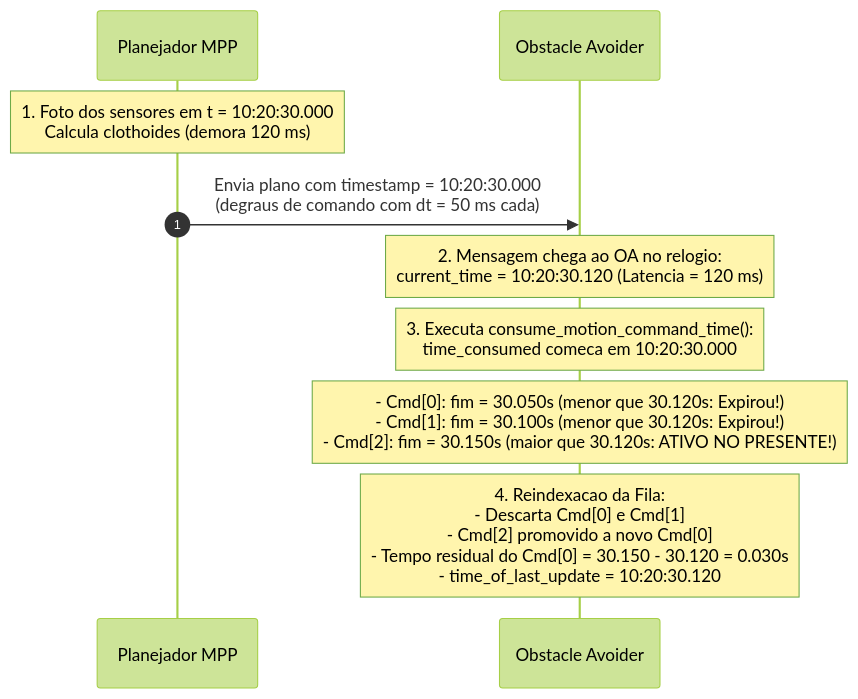
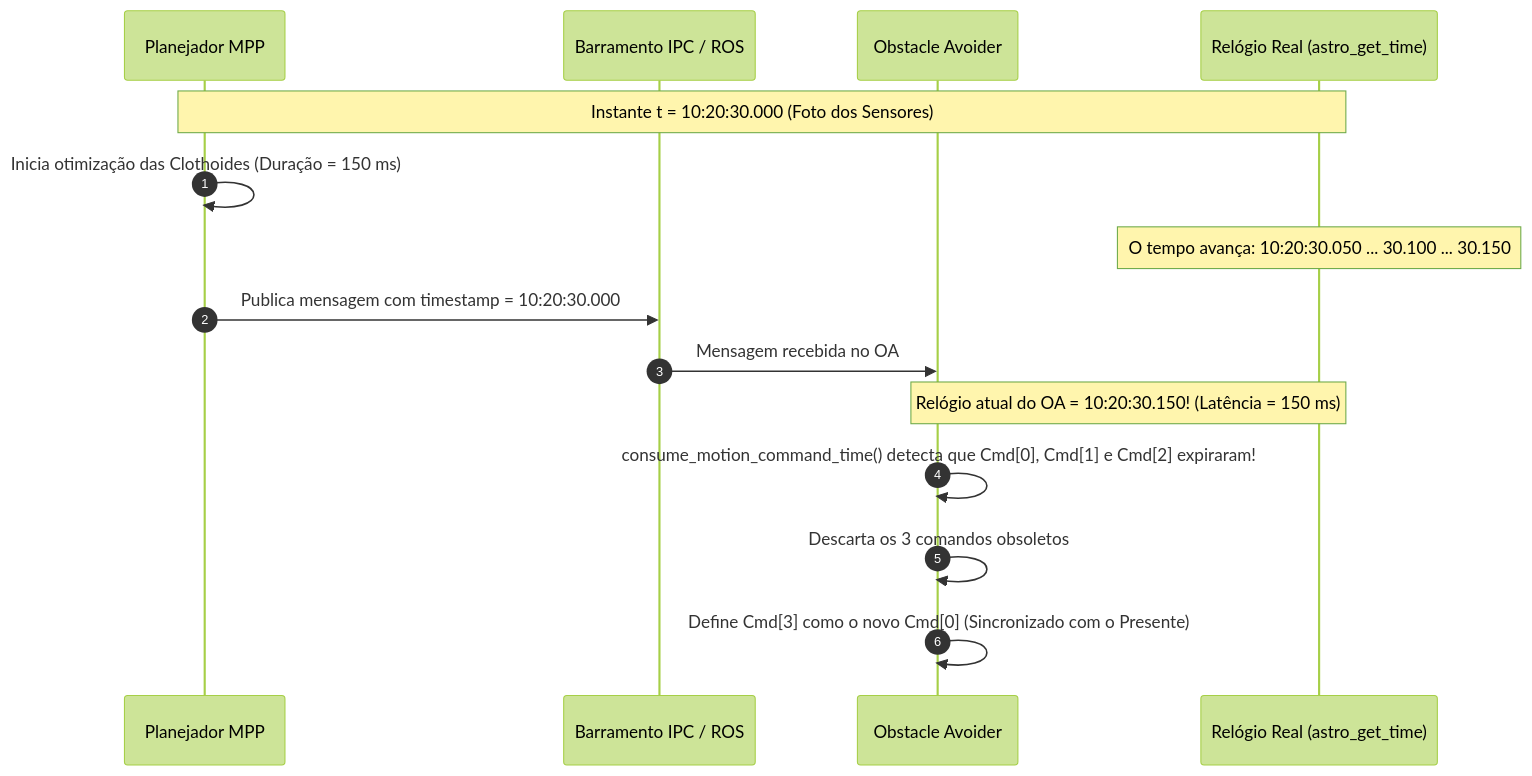
Before and after one commit to BrenoCSilva/lume: the first of 2 diagrams in README.md, drawn with Mermaid (forest theme). The commit also changed other lines of this file, not shown here.

````diff
--- a/README.md
+++ b/README.md
@@ -189,16 +189,18 @@
 ```mermaid
 sequenceDiagram
     autonumber
     participant MPP as Planejador MPP
+    participant IPC as Barramento IPC / ROS
     participant OA as Obstacle Avoider
+    participant Clock as Relógio Real (astro_get_time)
 
-    Note over MPP: 1. Foto dos sensores em t = 10:20:30.000<br/>Calcula clothoides (demora 120 ms)
-    MPP->>OA: Envia plano com timestamp = 10:20:30.000<br/>(degraus de comando com dt = 50 ms cada)
-
-    Note over OA: 2. Mensagem chega ao OA no relogio:<br/>current_time = 10:20:30.120 (Latencia = 120 ms)
-    Note over OA: 3. Executa consume_motion_command_time():<br/>time_consumed comeca em 10:20:30.000
-
-    Note over OA: - Cmd[0]: fim = 30.050s (menor que 30.120s: Expirou!)<br/>- Cmd[1]: fim = 30.100s (menor que 30.120s: Expirou!)<br/>- Cmd[2]: fim = 30.150s (maior que 30.120s: ATIVO NO PRESENTE!)
-
-    Note over OA: 4. Reindexacao da Fila:<br/>- Descarta Cmd[0] e Cmd[1]<br/>- Cmd[2] promovido a novo Cmd[0]<br/>- Tempo residual do Cmd[0] = 30.150 - 30.120 = 0.030s<br/>- time_of_last_update = 10:20:30.120
+    Note over MPP,Clock: Instante t = 10:20:30.000 (Foto dos Sensores)
+    MPP->>MPP: Inicia otimização das Clothoides (Duração = 150 ms)
+    Note over Clock: O tempo avança: 10:20:30.050 ... 30.100 ... 30.150
+    MPP->>IPC: Publica mensagem com timestamp = 10:20:30.000
+    IPC->>OA: Mensagem recebida no OA
+    Note over OA,Clock: Relógio atual do OA = 10:20:30.150! (Latência = 150 ms)
+    OA->>OA: consume_motion_command_time() detecta que Cmd[0], Cmd[1] e Cmd[2] expiraram!
+    OA->>OA: Descarta os 3 comandos obsoletos
+    OA->>OA: Define Cmd[3] como o novo Cmd[0] (Sincronizado com o Presente)
 ```
````
